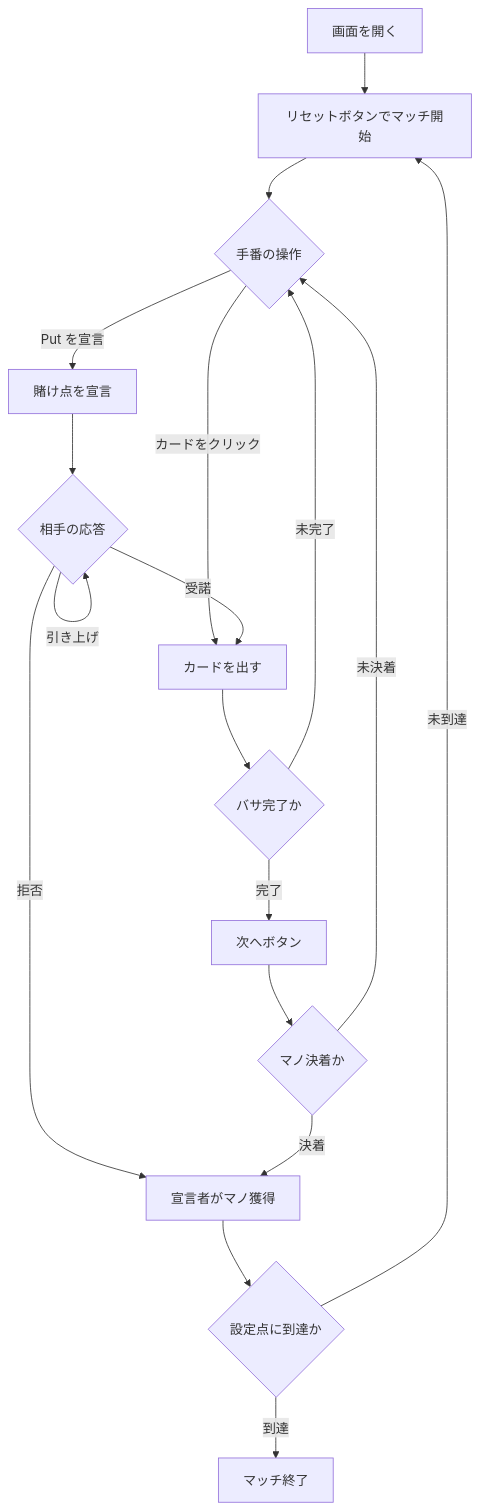
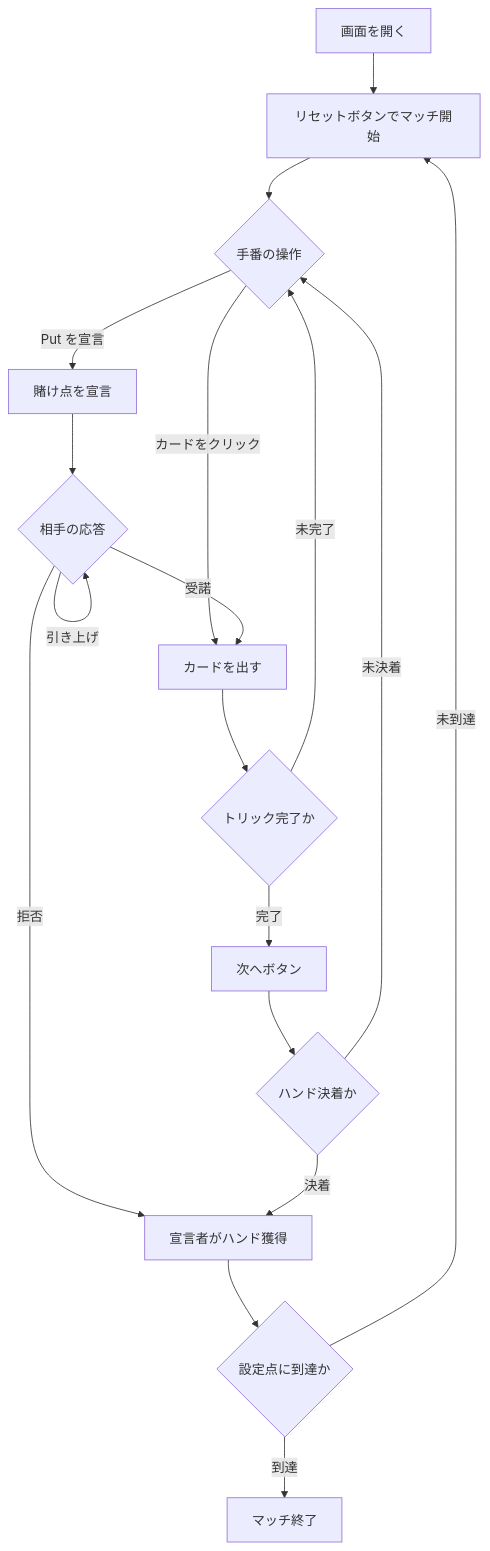
One commit to yuta-yoshinaga/go_trumpcards changed the diagram in docs/manual/web/put.md. Above: the diagram before and after it, drawn with Mermaid. The commit also changed other lines of this file and 12 other files, not shown here.

````diff
--- a/docs/manual/web/put.md
+++ b/docs/manual/web/put.md
@@ -37,20 +43,20 @@
 ```mermaid
 flowchart TD
     A[画面を開く] --> B[リセットボタンでマッチ開始]
     B --> C{手番の操作}
     C -->|カードをクリック| D[カードを出す]
     C -->|Put を宣言| E[賭け点を宣言]
     E --> F{相手の応答}
     F -->|受諾| D
-    F -->|拒否| H[宣言者がマノ獲得]
+    F -->|拒否| H[宣言者がハンド獲得]
     F -->|引き上げ| F
-    D --> G{バサ完了か}
+    D --> G{トリック完了か}
     G -->|未完了| C
     G -->|完了| I[次へボタン]
-    I --> J{マノ決着か}
+    I --> J{ハンド決着か}
     J -->|未決着| C
     J -->|決着| H
     H --> K{設定点に到達か}
     K -->|未到達| B
     K -->|到達| L[マッチ終了]
 ```
````
